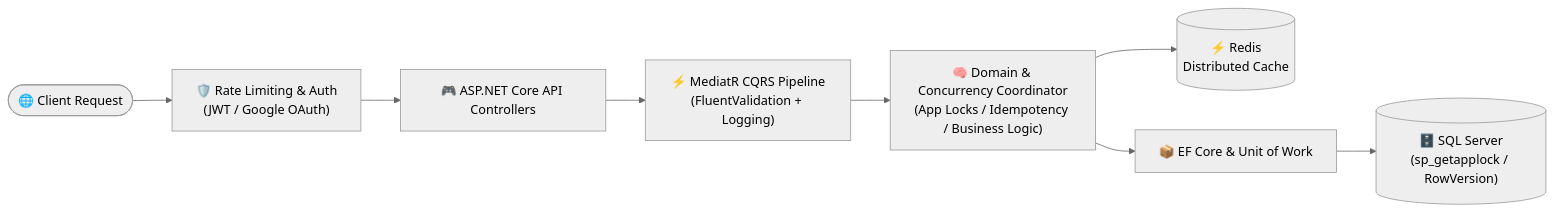
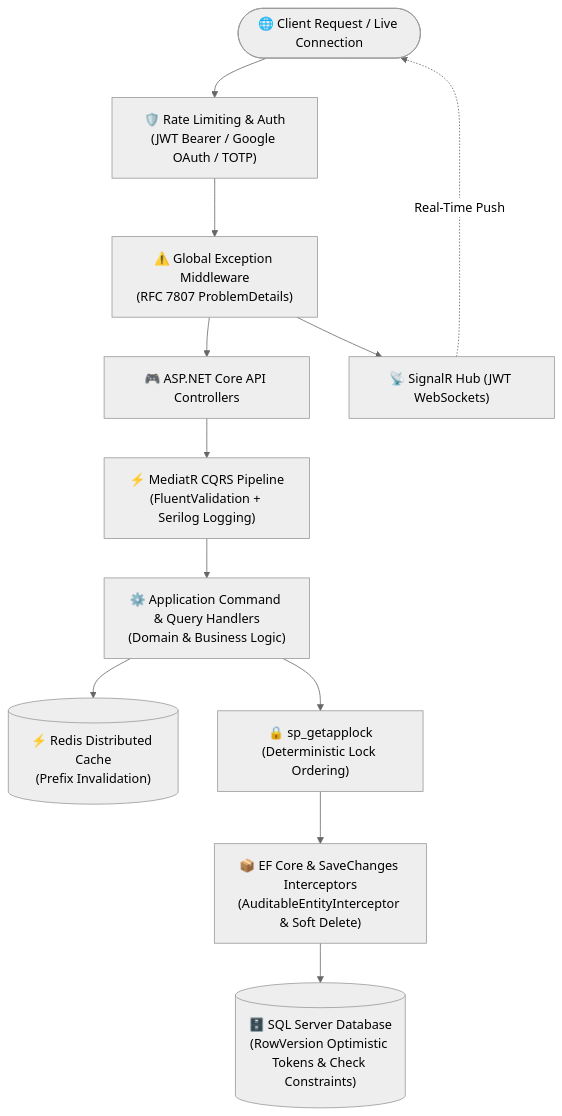
Before and after one commit to AbdurrahmanHassouna/AbdurrahmanHassouna: the diagram in README.md, drawn with Mermaid (neutral theme). The commit also changed other lines of this file, not shown here.

````diff
--- a/README.md
+++ b/README.md
@@ -136,10 +153,18 @@
 ```mermaid
-flowchart LR
-    Client(["🌐 Client Request"]) --> RateLimiter["🛡️ Rate Limiting & Auth<br/>(JWT / Google OAuth)"]
-    RateLimiter --> Controllers["🎮 ASP.NET Core API Controllers"]
-    Controllers --> MediatR["⚡ MediatR CQRS Pipeline<br/>(FluentValidation + Logging)"]
-    MediatR --> Domain["🧠 Domain & Concurrency Coordinator<br/>(App Locks / Idempotency / Business Logic)"]
-    Domain --> Cache[("⚡ Redis<br/>Distributed Cache")]
-    Domain --> EFCore["📦 EF Core & Unit of Work"]
-    EFCore --> DB[("🗄️ SQL Server<br/>(sp_getapplock / RowVersion)")]
+flowchart TD
+    Client(["🌐 Client Request / Live Connection"]) --> AuthRate["🛡️ Rate Limiting & Auth<br/>(JWT Bearer / Google OAuth / TOTP)"]
+    AuthRate --> ExceptionMiddleware["⚠️ Global Exception Middleware<br/>(RFC 7807 ProblemDetails)"]
+    
+    ExceptionMiddleware --> Controllers["🎮 ASP.NET Core API Controllers"]
+    ExceptionMiddleware --> SignalRHub["📡 SignalR Hub (JWT WebSockets)"]
+    
+    Controllers --> MediatR["⚡ MediatR CQRS Pipeline<br/>(FluentValidation + Serilog Logging)"]
+    MediatR --> Handlers["⚙️ Application Command & Query Handlers<br/>(Domain & Business Logic)"]
+    
+    Handlers --> RedisCache[("⚡ Redis Distributed Cache<br/>(Prefix Invalidation)")]
+    Handlers --> AppLock["🔒 sp_getapplock<br/>(Deterministic Lock Ordering)"]
+    AppLock --> EFCore["📦 EF Core & SaveChanges Interceptors<br/>(AuditableEntityInterceptor & Soft Delete)"]
+    EFCore --> SQLServer[("🗄️ SQL Server Database<br/>(RowVersion Optimistic Tokens & Check Constraints)")]
+    
+    SignalRHub -.->|"Real-Time Push"| Client
 ```
````
